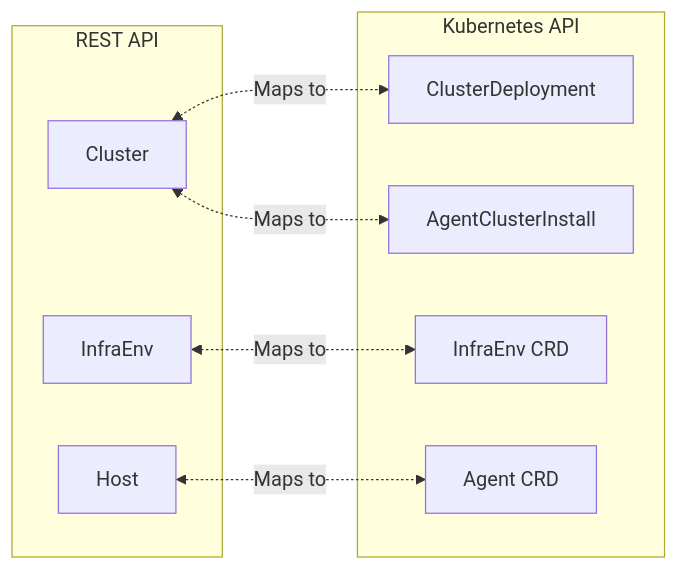
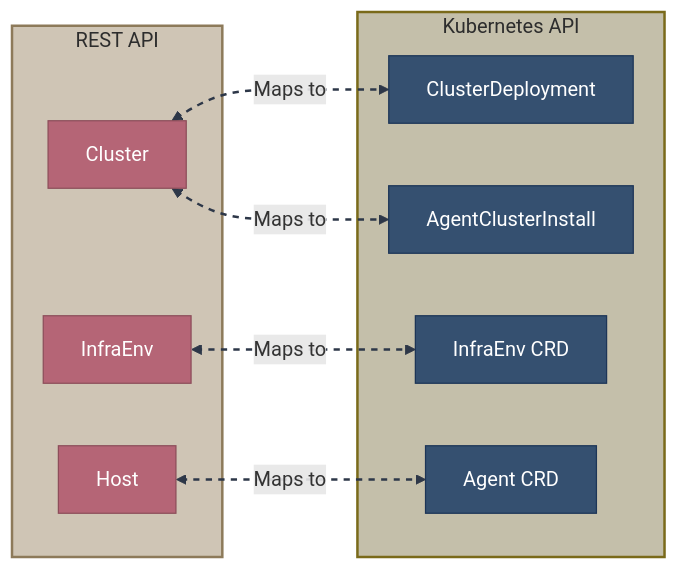
One commit to zszabo-rh/openshift-install-guide changed the second of 4 diagrams in 03-assisted-installation/rest-api-vs-kube-api.md. Above: the diagram before and after it, drawn with Mermaid. The commit also changed other lines of this file and 16 other files, not shown here.

Commit message:
improved diagram style

````diff
--- a/03-assisted-installation/rest-api-vs-kube-api.md
+++ b/03-assisted-installation/rest-api-vs-kube-api.md
@@ -71,20 +89,33 @@
 ```mermaid
 graph LR
-    subgraph "REST API"
+    subgraph rest["REST API"]
         CLUSTER[Cluster]
         HOST[Host]
         INFRA_REST[InfraEnv]
     end
     
-    subgraph "Kubernetes API"
+    subgraph kubeapi["Kubernetes API"]
         CD[ClusterDeployment]
         ACI[AgentClusterInstall]
         INFRA_CRD[InfraEnv CRD]
         AGENT[Agent CRD]
     end
     
     CLUSTER <-.->|Maps to| CD
     CLUSTER <-.->|Maps to| ACI
     HOST <-.->|Maps to| AGENT
     INFRA_REST <-.->|Maps to| INFRA_CRD
+    
+    style CLUSTER fill:#b56576,stroke:#8d4e5a,color:#fff
+    style HOST fill:#b56576,stroke:#8d4e5a,color:#fff
+    style INFRA_REST fill:#b56576,stroke:#8d4e5a,color:#fff
+    style CD fill:#355070,stroke:#1d3557,color:#fff
+    style ACI fill:#355070,stroke:#1d3557,color:#fff
+    style INFRA_CRD fill:#355070,stroke:#1d3557,color:#fff
+    style AGENT fill:#355070,stroke:#1d3557,color:#fff
+    
+    style rest fill:#cfc5b5,stroke:#8d7a5a,stroke-width:2px,color:#2d2d2d
+    style kubeapi fill:#c4bfaa,stroke:#7a6a1a,stroke-width:2px,color:#2d2d2d
+    
+    linkStyle default stroke:#2d3748,stroke-width:2px,stroke-dasharray:5
 ```
````
